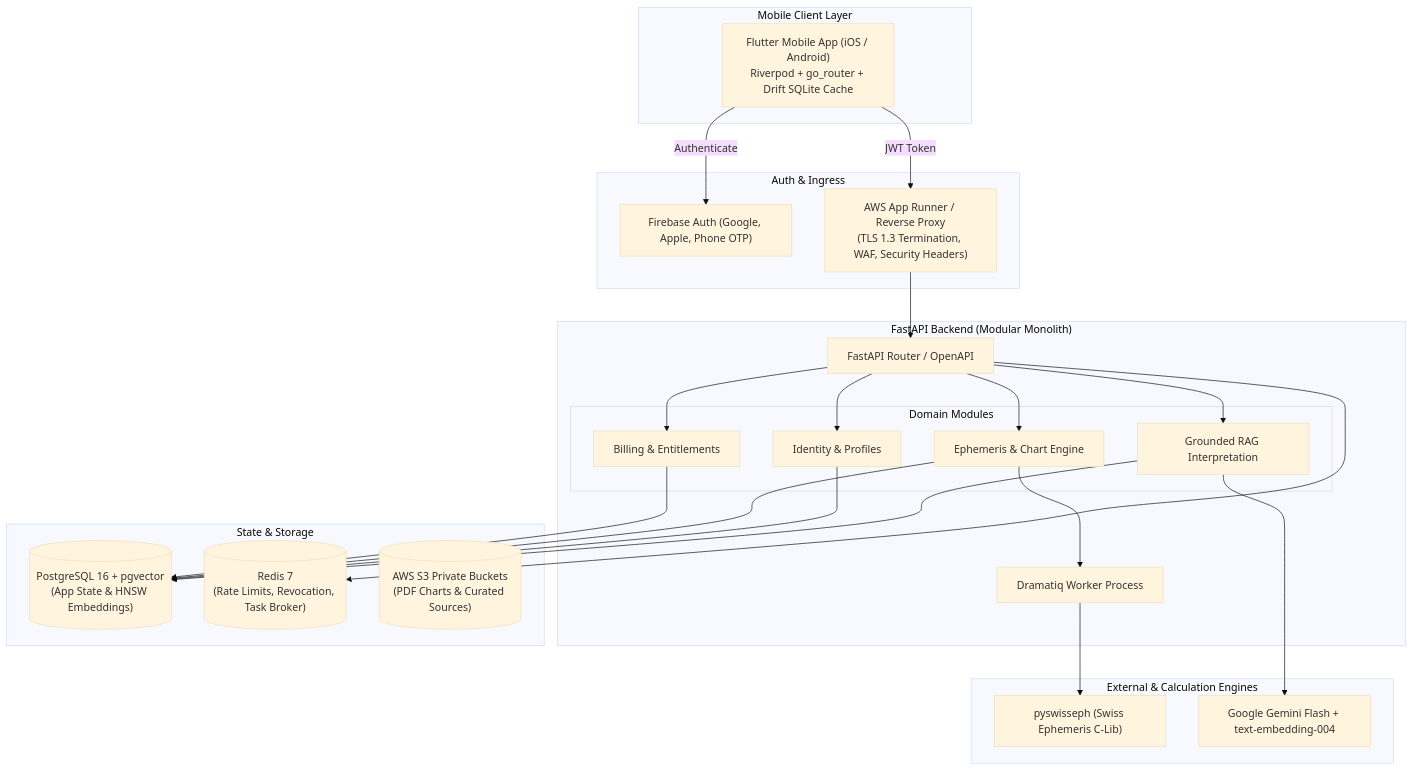
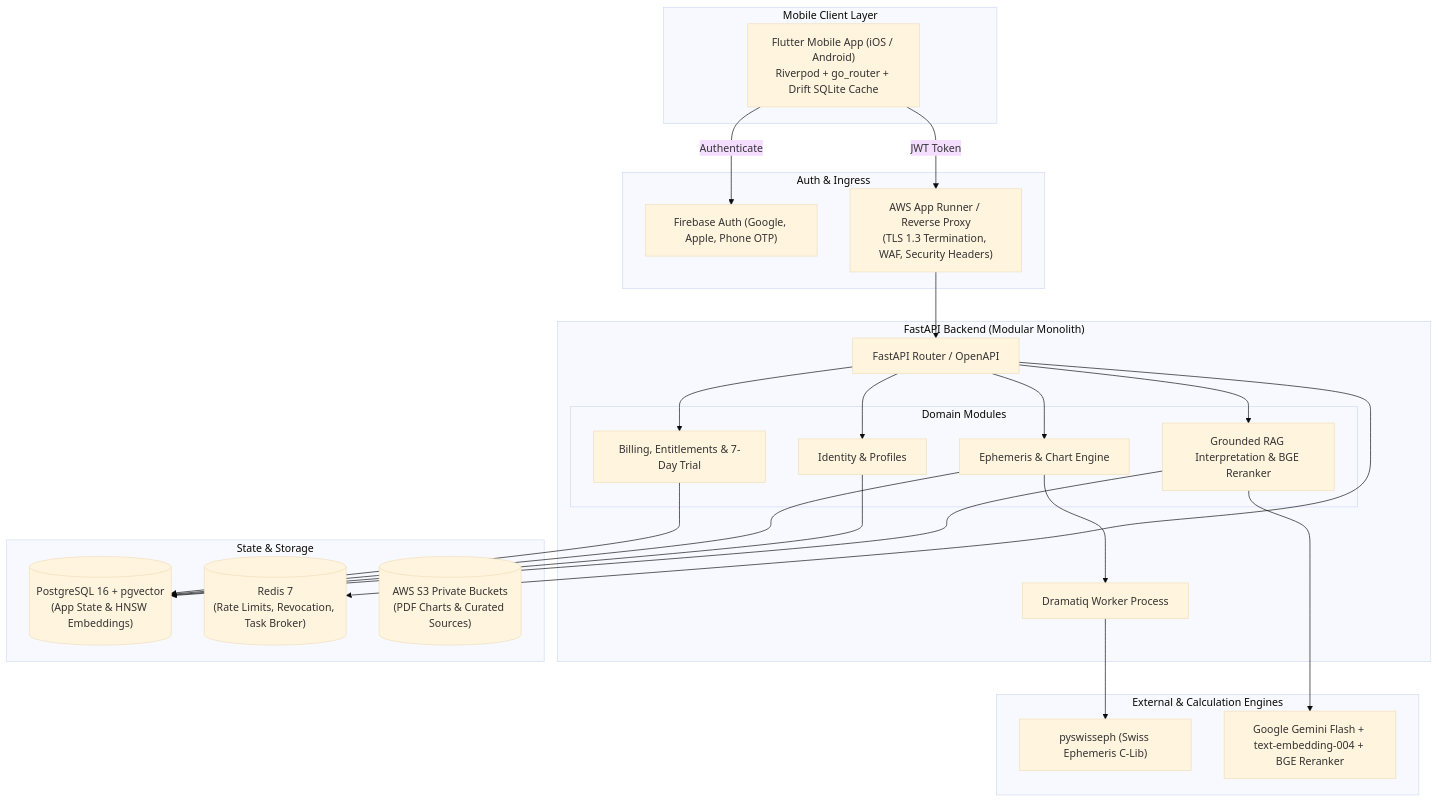
Before and after one commit to Nevil-Nandasana/Grahvani: the diagram in README.md, drawn with Mermaid (base theme). The commit also changed other lines of this file and 25 other files, not shown here.

````diff
--- a/README.md
+++ b/README.md
@@ -27,44 +29,44 @@
 ```mermaid
 flowchart TB
     subgraph Client["Mobile Client Layer"]
         FlutterApp["Flutter Mobile App (iOS / Android)<br/>Riverpod + go_router + Drift SQLite Cache"]
     end
 
     subgraph Security["Auth & Ingress"]
         FirebaseAuth["Firebase Auth (Google, Apple, Phone OTP)"]
         Ingress["AWS App Runner / Reverse Proxy<br/>(TLS 1.3 Termination, WAF, Security Headers)"]
     end
 
     subgraph Backend["FastAPI Backend (Modular Monolith)"]
         API["FastAPI Router / OpenAPI"]
         
         subgraph Domains["Domain Modules"]
             Identity["Identity & Profiles"]
             AstroEngine["Ephemeris & Chart Engine"]
-            RAG["Grounded RAG Interpretation"]
-            Billing["Billing & Entitlements"]
+            RAG["Grounded RAG Interpretation & BGE Reranker"]
+            Billing["Billing, Entitlements & 7-Day Trial"]
         end
 
         Worker["Dramatiq Worker Process"]
     end
 
     subgraph Data["State & Storage"]
         DB[("PostgreSQL 16 + pgvector<br/>(App State & HNSW Embeddings)")]
         Redis[("Redis 7<br/>(Rate Limits, Revocation, Task Broker)")]
         S3[("AWS S3 Private Buckets<br/>(PDF Charts & Curated Sources)")]
     end
 
     subgraph Engine["External & Calculation Engines"]
         SwissEph["pyswisseph (Swiss Ephemeris C-Lib)"]
-        Gemini["Google Gemini Flash + text-embedding-004"]
+        Gemini["Google Gemini Flash + text-embedding-004 + BGE Reranker"]
     end
 
     FlutterApp -->|JWT Token| Ingress
     FlutterApp -->|Authenticate| FirebaseAuth
     Ingress --> API
     API --> Identity & AstroEngine & RAG & Billing
     AstroEngine --> Worker --> SwissEph
     RAG --> DB & Gemini
     API --> Redis
     Identity & AstroEngine & Billing --> DB
 ```
````
